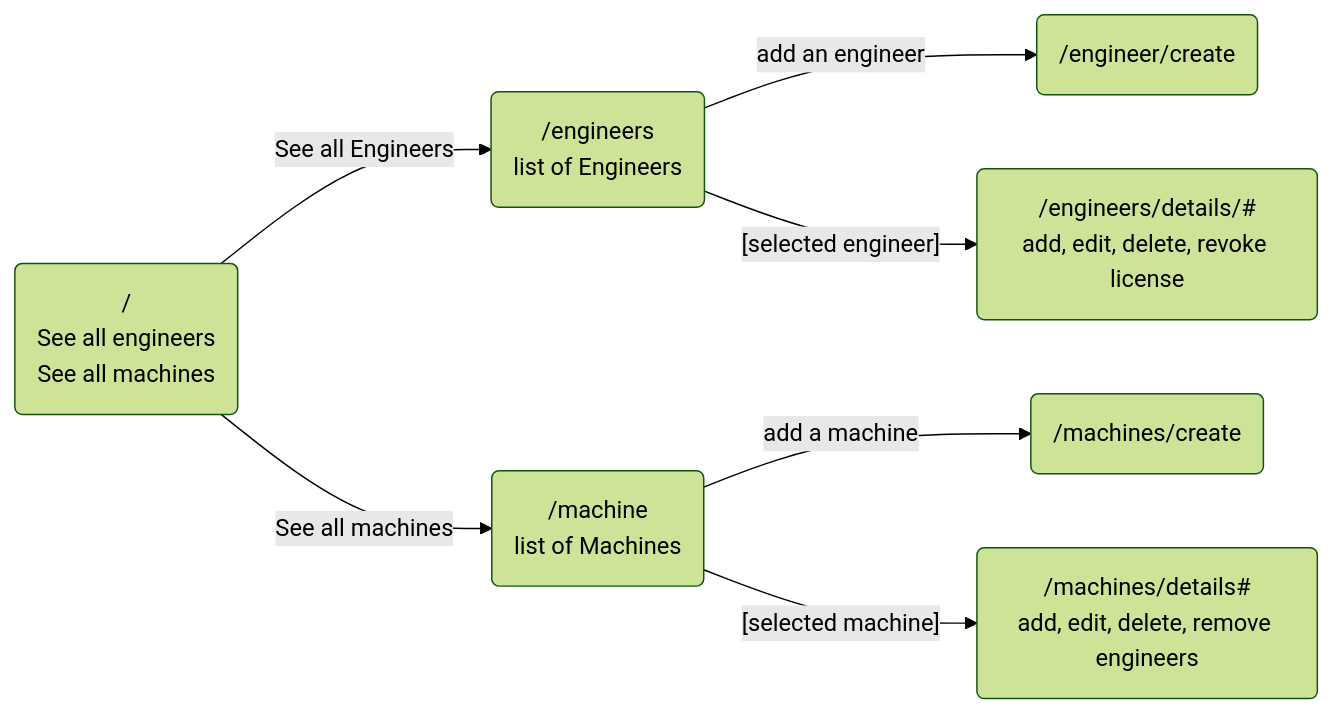
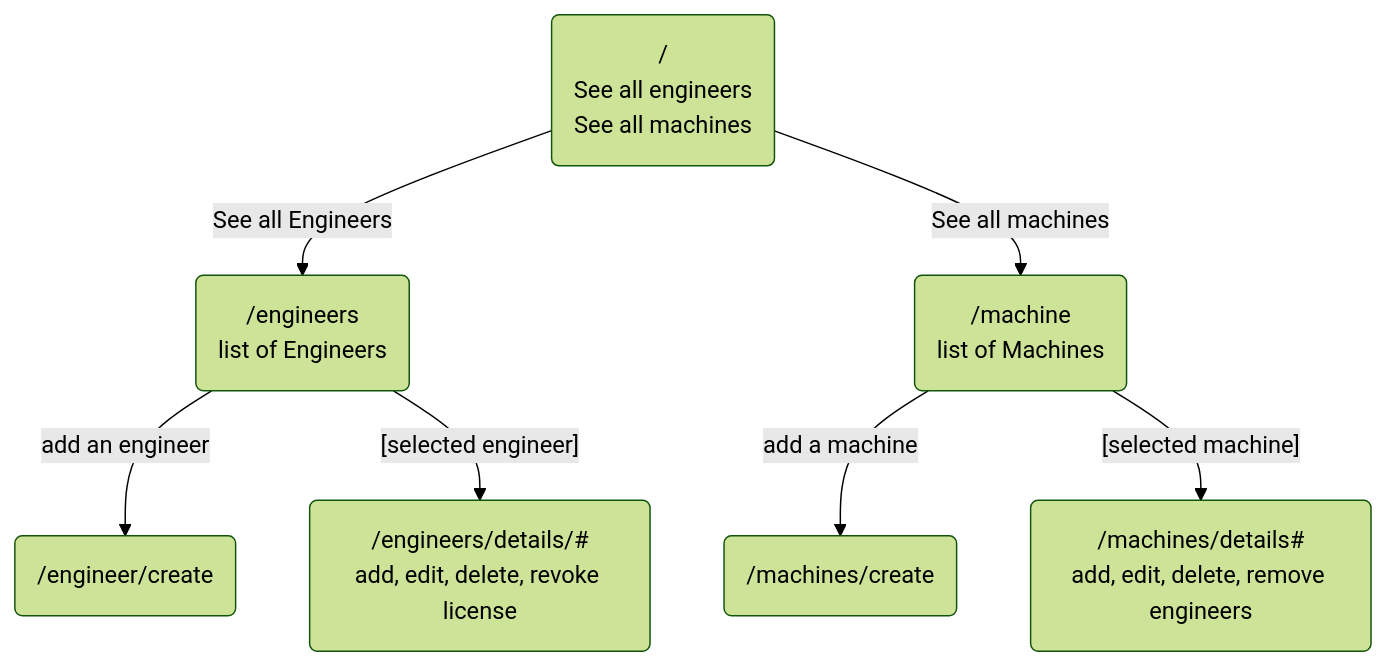
The diagram in README.md (John-Dig/Factory.Solution), drawn with Mermaid before and after one commit.

````diff
--- a/README.md
+++ b/README.md
@@ -36,9 +36,9 @@
 ```mermaid
 %%{init: {'theme': 'forest'}}%%
-flowchart LR
+flowchart TD
 SplashPage("/"<br>See all engineers<br>See all machines)--"See all Engineers"-->EngineersIndex("/engineers"<br>list of Engineers)--add an engineer-->EngineerCreate("/engineer/create") 
 EngineersIndex--"[selected engineer]"-->EngineersDetails("/engineers/details/#"<br>add, edit, delete, revoke license)
 SplashPage--"See all machines"-->MachineIndex("/machine"<br>list of Machines<br>)--add a machine-->MachineCreate("/machines/create"<br>)
 MachineIndex--"[selected machine]"-->MachineDetails("/machines/details#"<br>add, edit, delete, remove engineers)
 
 ```
````
